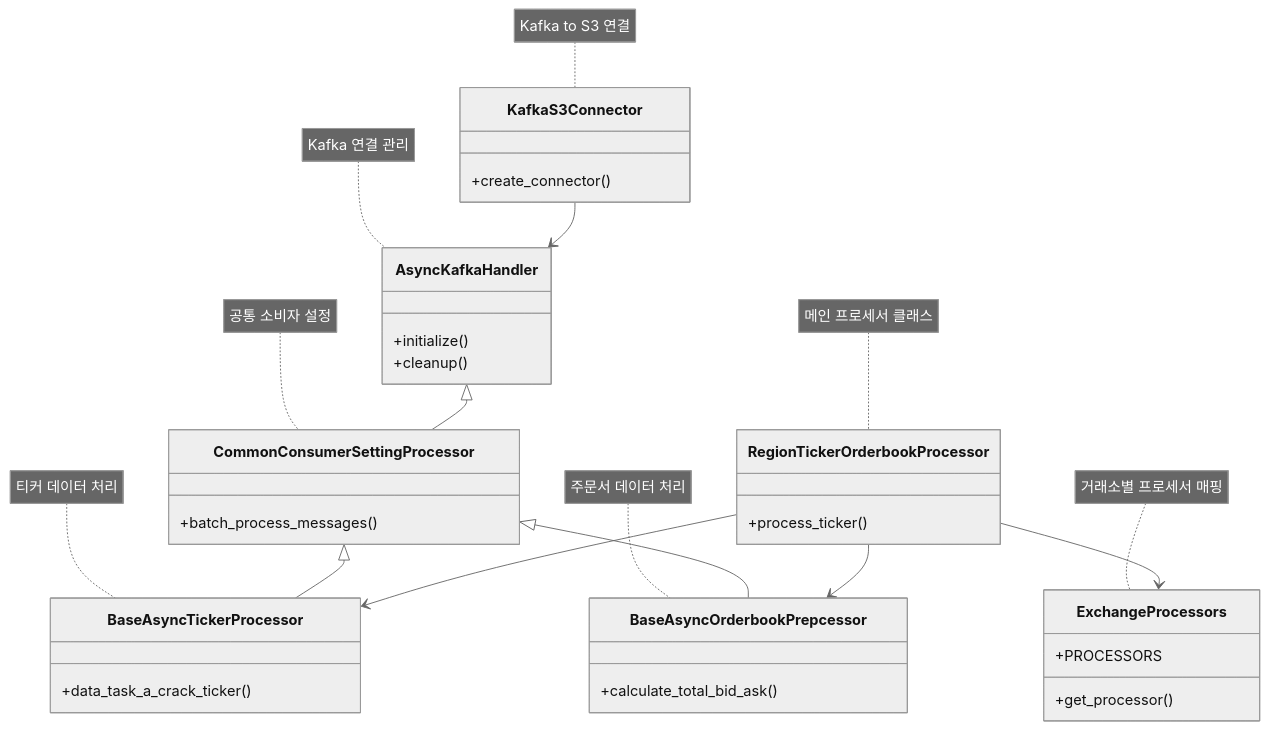
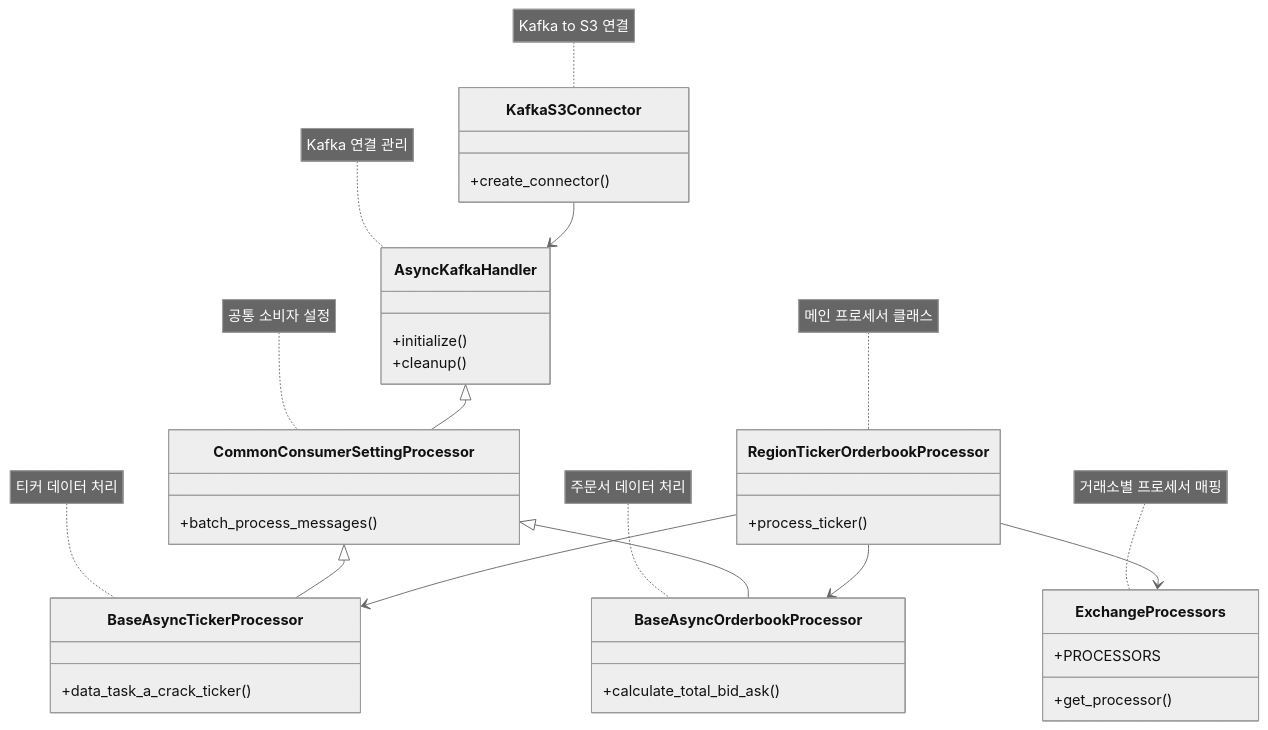
Before and after one commit to MajorShareholderClub/MarketFirstPreprocessHub: the diagram in README.md, drawn with Mermaid (neutral theme). The commit also changed 15 other files, not shown here.

````diff
--- a/README.md
+++ b/README.md
@@ -7,50 +7,50 @@
 ```mermaid
 classDiagram
     class RegionTickerOrderbookProcessor {
         +process_ticker()
     }
     
     class AsyncKafkaHandler {
         +initialize()
         +cleanup()
     }
     
     class CommonConsumerSettingProcessor {
         +batch_process_messages()
     }
     
     class BaseAsyncTickerProcessor {
         +data_task_a_crack_ticker()
     }
     
-    class BaseAsyncOrderbookPrepcessor {
+    class BaseAsyncOrderbookProcessor {
         +calculate_total_bid_ask()
     }
     
     class ExchangeProcessors {
         +PROCESSORS
         +get_processor()
     }
     
     class KafkaS3Connector {
         +create_connector()
     }
     
     AsyncKafkaHandler <|-- CommonConsumerSettingProcessor
     CommonConsumerSettingProcessor <|-- BaseAsyncTickerProcessor
-    CommonConsumerSettingProcessor <|-- BaseAsyncOrderbookPrepcessor
+    CommonConsumerSettingProcessor <|-- BaseAsyncOrderbookProcessor
     
     RegionTickerOrderbookProcessor --> ExchangeProcessors
     RegionTickerOrderbookProcessor --> BaseAsyncTickerProcessor
-    RegionTickerOrderbookProcessor --> BaseAsyncOrderbookPrepcessor
+    RegionTickerOrderbookProcessor --> BaseAsyncOrderbookProcessor
     
     KafkaS3Connector --> AsyncKafkaHandler
     
     note for RegionTickerOrderbookProcessor "메인 프로세서 클래스"
     note for AsyncKafkaHandler "Kafka 연결 관리"
     note for CommonConsumerSettingProcessor "공통 소비자 설정"
     note for BaseAsyncTickerProcessor "티커 데이터 처리"
-    note for BaseAsyncOrderbookPrepcessor "주문서 데이터 처리"
+    note for BaseAsyncOrderbookProcessor "주문서 데이터 처리"
     note for ExchangeProcessors "거래소별 프로세서 매핑"
     note for KafkaS3Connector "Kafka to S3 연결"
 ```
````
